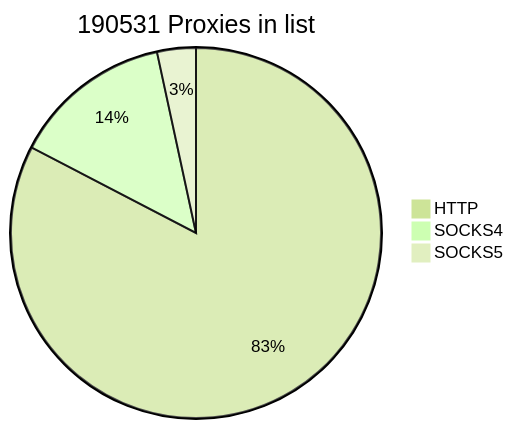
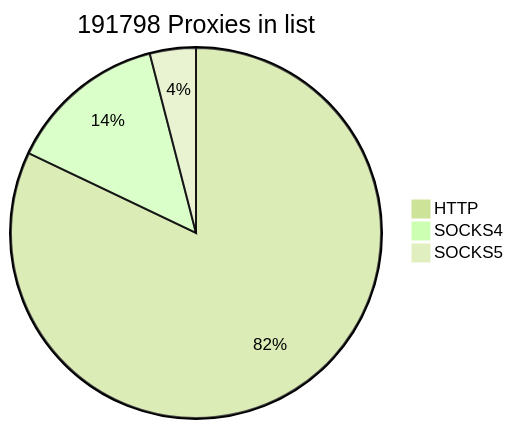
One commit to cutipu/proxylist changed the first of 2 diagrams in README.md. Above: the diagram before and after it, drawn with Mermaid (forest theme). The commit also changed other lines of this file, not shown here.

````diff
--- a/README.md
+++ b/README.md
@@ -2,7 +2,7 @@
 ```mermaid
-pie title 190531 Proxies in list
-    "HTTP" : 157433
-    "SOCKS4" : 26655
-    "SOCKS5" : 6443
+pie title 191798 Proxies in list
+    "HTTP" : 157438
+    "SOCKS4" : 26654
+    "SOCKS5" : 7706
             
 ```
````
